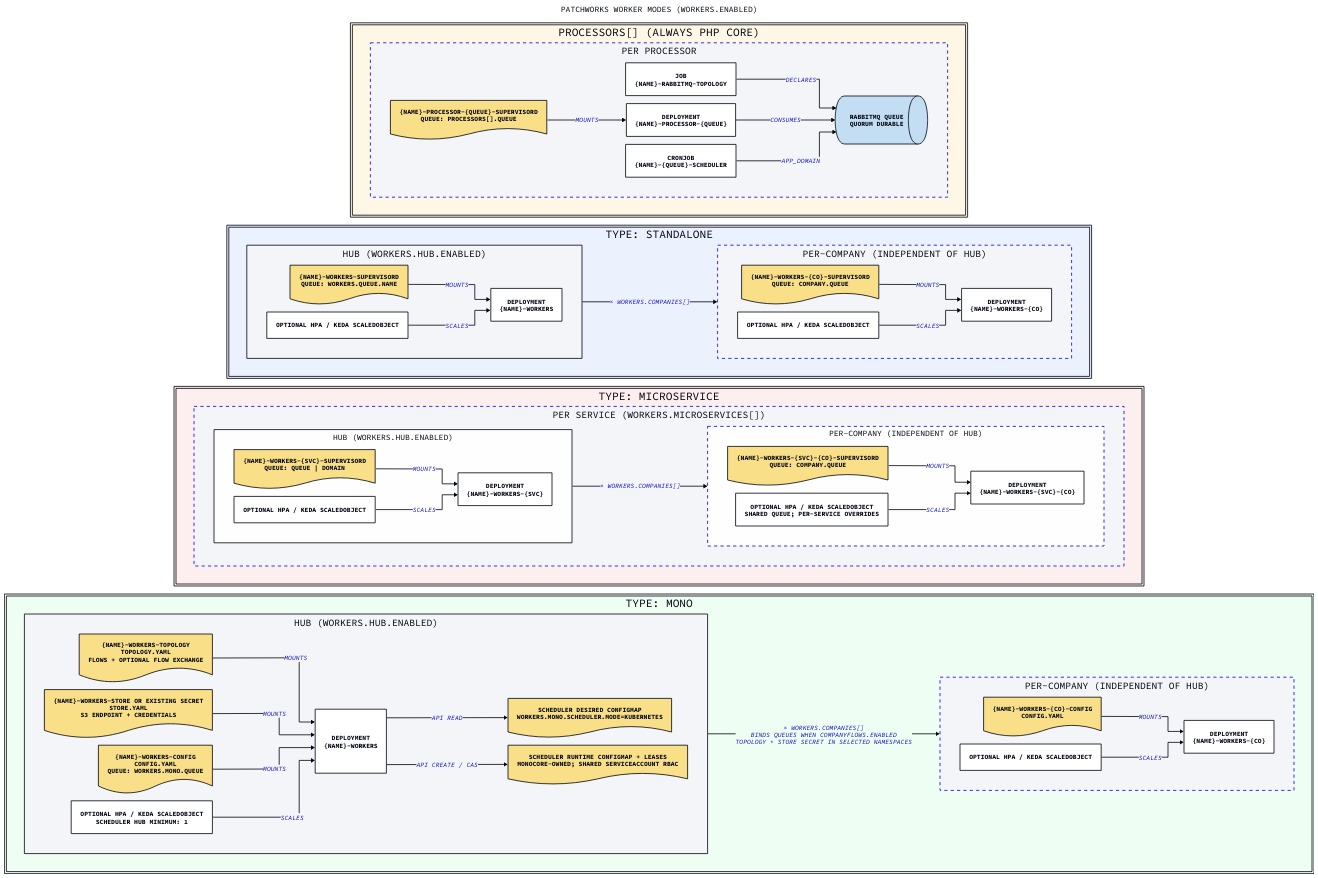
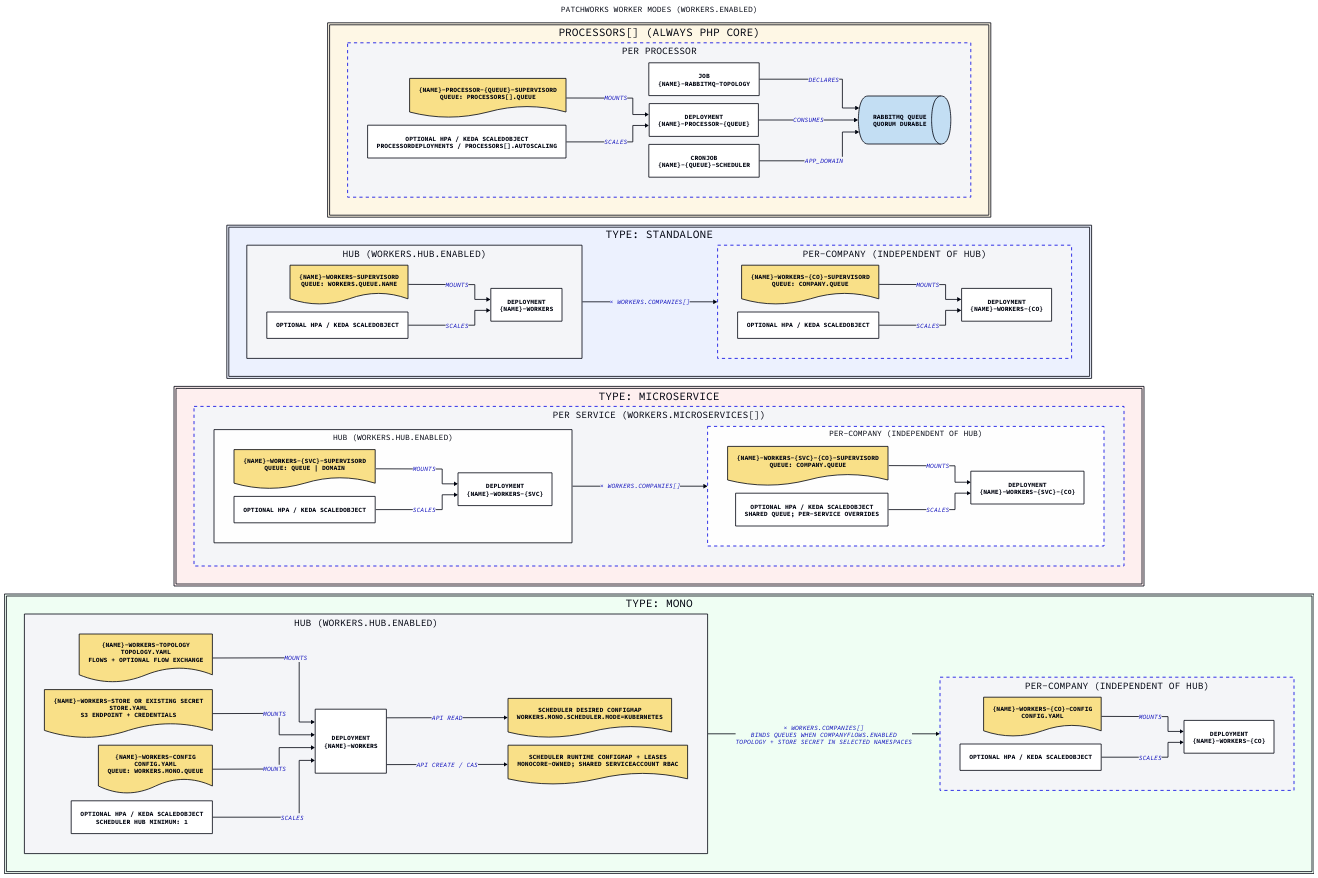
Before and after one commit to gopatchworks/selfhosted: the diagram in docs/workers-diagram.d2, drawn with D2. The commit also changed 4 other files, not shown here.

Commit message:
chore(autoscaling): enable autoscaling for processors

```diff
--- a/docs/workers-diagram.d2
+++ b/docs/workers-diagram.d2
@@ -1,151 +1,153 @@
 vars: {
   d2-config: {
     layout-engine: elk
     # Terminal theme code
     theme-id: 300
   }
 }
 
 direction: right
 
 title: "Patchworks Worker Modes (workers.enabled)" {
   shape: text
   near: top-center
   style.font-size: 20
 }
 
 # ── processors[] ────────────────────────────────────────────────────────────
 
 processors: "processors[] (always PHP Core)" {
   style.fill: "#FFF8E6"
   direction: down
 
   desc: "Background processor queues are independent of workers.type.\nIncludes scheduler: one CronJob; FLOW_SCHEDULER_SEGMENTS controls queued dispatch jobs.\nprocessorDeployments.enabled and scheduler.enabled independently select Deployments and CronJobs.\nrabbitmq.topology.enabled independently selects the queue assertion hook.\nDatabase connections: LANDLORD_DB_* and TENANT_DB_* / TENANT_DB_*_{id}." {
     shape: text
   }
 
   processor: "Per Processor" {
     style.stroke-dash: 4
     direction: right
     topology: "Job\n{name}-rabbitmq-topology" { shape: rectangle }
     cm: "{name}-processor-{queue}-supervisord\nqueue: processors[].queue" { shape: document }
     dep: "Deployment\n{name}-processor-{queue}" { shape: rectangle }
     cron: "CronJob\n{name}-{queue}-scheduler" { shape: rectangle }
     queue: "RabbitMQ queue\nquorum durable" { shape: queue }
     topology -> queue: declares
     cm -> dep: mounts
     dep -> queue: consumes
+    scaler: "Optional HPA / KEDA ScaledObject\nprocessorDeployments / processors[].autoscaling" { shape: rectangle }
+    scaler -> dep: scales
     cron -> queue: APP_DOMAIN
   }
 }
 
 # ── type: standalone ────────────────────────────────────────────────────────
 
 standalone: "type: standalone" {
   style.fill: "#EDF2FF"
   direction: down
 
   desc: "One queue worker via supervisord.\nConcurrency controlled by workers.processes (numprocs).\nDatabase connections: LANDLORD_DB_* and TENANT_DB_* / TENANT_DB_*_{id}." {
     shape: text
   }
 
   hub: "Hub (workers.hub.enabled)" {
     direction: right
     cm: "{name}-workers-supervisord\nqueue: workers.queue.name" { shape: document }
     dep: "Deployment\n{name}-workers" { shape: rectangle }
     cm -> dep: mounts
   }
 
   company: "Per-Company (independent of hub)" {
     style.stroke-dash: 4
     direction: right
     cm: "{name}-workers-{co}-supervisord\nqueue: company.queue" { shape: document }
     dep: "Deployment\n{name}-workers-{co}" { shape: rectangle }
     cm -> dep: mounts
   }
 
   hub -> company: "× workers.companies[]"
 }
 
 # ── type: microservice ───────────────────────────────────────────────────────
 
 microservice: "type: microservice" {
   style.fill: "#FFF0F0"
   direction: down
 
   desc: "One worker per service key in workers.microservices.\n_default provides fallbacks for all fields.\nDatabase connections: LANDLORD_DB_* and TENANT_DB_* / TENANT_DB_*_{id}." {
     shape: text
   }
 
   service: "Per Service (workers.microservices[])" {
     style.stroke-dash: 4
     direction: down
 
     hub: "Hub (workers.hub.enabled)" {
       direction: right
       cm: "{name}-workers-{svc}-supervisord\nqueue: queue | domain" { shape: document }
       dep: "Deployment\n{name}-workers-{svc}" { shape: rectangle }
       cm -> dep: mounts
     }
 
     company: "Per-Company (independent of hub)" {
       style.stroke-dash: 4
       direction: right
       cm: "{name}-workers-{svc}-{co}-supervisord\nqueue: company.queue" { shape: document }
       dep: "Deployment\n{name}-workers-{svc}-{co}" { shape: rectangle }
       cm -> dep: mounts
     }
 
     hub -> company: "× workers.companies[]"
   }
 }
 
 # ── type: mono ───────────────────────────────────────────────────────────────
 
 mono: "type: mono" {
   style.fill: "#F0FFF4"
   direction: down
 
   desc: "Monocore Go worker. RabbitMQ topology asserted at startup via topology.yaml.\nOptional workers.mono.serviceMonitor.enabled: one ServiceMonitor per worker namespace, metrics :8081.\nDatabase connections: DB_LANDLORD_* and DB_TENANT_* / DB_TENANT_{id}_*.\nTENANT_DB_* compatibility aliases also supplied.\nTenant registry selects the schema and server; company queue does not select a database." {
     shape: text
   }
 
   hub: "Hub (workers.hub.enabled)" {
     direction: right
     topology: "{name}-workers-topology\ntopology.yaml\nflows + optional flow exchange" { shape: document }
     store:    "{name}-workers-store or existing Secret\nstore.yaml\nS3 endpoint + credentials" { shape: document }
     config:   "{name}-workers-config\nconfig.yaml\nqueue: workers.mono.queue" { shape: document }
     dep:      "Deployment\n{name}-workers"                      { shape: rectangle }
     desired: "Scheduler desired ConfigMap\nworkers.mono.scheduler.mode=kubernetes" { shape: document }
     runtime: "Scheduler runtime ConfigMap + Leases\nMonocore-owned; shared ServiceAccount RBAC" { shape: document }
     dep -> desired: "API read"
     dep -> runtime: "API create / CAS"
     topology -> dep: mounts
     store    -> dep: mounts
     config   -> dep: mounts
   }
 
   company: "Per-Company (independent of hub)" {
     style.stroke-dash: 4
     direction: right
     config: "{name}-workers-{co}-config\nconfig.yaml"           { shape: document }
     dep:    "Deployment\n{name}-workers-{co}"                   { shape: rectangle }
     config -> dep: mounts
   }
 
   hub -> company: "× workers.companies[]\nbinds queues when companyFlows.enabled\ntopology + store Secret in selected namespaces"
 }
 
 # Optional scaler per resolved worker target; dependencies supplied by operator.
 standalone.hub.scaler: "Optional HPA / KEDA ScaledObject" { shape: rectangle }
 standalone.hub.scaler -> standalone.hub.dep: scales
 standalone.company.scaler: "Optional HPA / KEDA ScaledObject" { shape: rectangle }
 standalone.company.scaler -> standalone.company.dep: scales
 microservice.service.hub.scaler: "Optional HPA / KEDA ScaledObject" { shape: rectangle }
 microservice.service.hub.scaler -> microservice.service.hub.dep: scales
 microservice.service.company.scaler: "Optional HPA / KEDA ScaledObject\nShared queue; per-service overrides" { shape: rectangle }
 microservice.service.company.scaler -> microservice.service.company.dep: scales
 mono.hub.scaler: "Optional HPA / KEDA ScaledObject\nScheduler hub minimum: 1" { shape: rectangle }
 mono.hub.scaler -> mono.hub.dep: scales
 mono.company.scaler: "Optional HPA / KEDA ScaledObject" { shape: rectangle }
 mono.company.scaler -> mono.company.dep: scales
```
